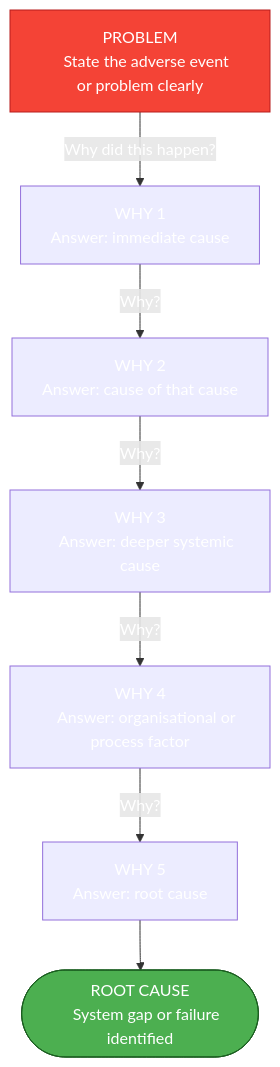
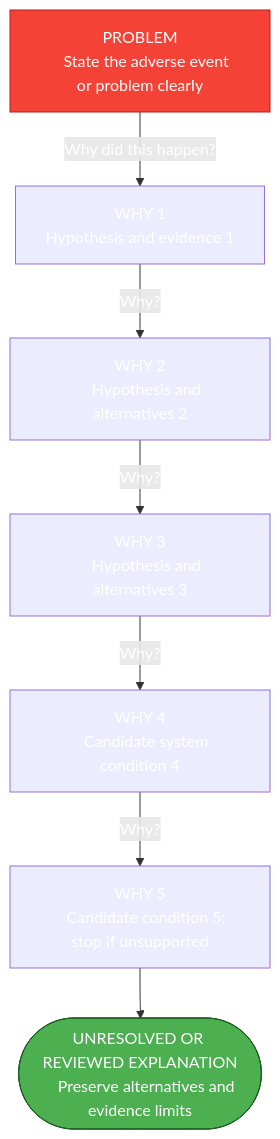
The diagram in skills/rca-investigation/assets/templates/mermaid/five-whys-chain.mmd (edithatogo/rcagent), drawn with Mermaid before and after one commit. The commit also changed 211 other files, not shown here.

```diff
--- a/skills/rca-investigation/assets/templates/mermaid/five-whys-chain.mmd
+++ b/skills/rca-investigation/assets/templates/mermaid/five-whys-chain.mmd
@@ -1,27 +1,29 @@
+%% Draft illustrative schematic: apply assets/template-use-contract.md.
+%% Every example node, score, time and edge requires evidence and review before case use.
 flowchart TD
   E["PROBLEM
     State the adverse event or problem clearly"]:::problem
 
   W1["WHY 1
-    Answer: immediate cause"]
+    Hypothesis and evidence 1"]
   W2["WHY 2
-    Answer: cause of that cause"]
+    Hypothesis and alternatives 2"]
   W3["WHY 3
-    Answer: deeper systemic cause"]
+    Hypothesis and alternatives 3"]
   W4["WHY 4
-    Answer: organisational or process factor"]
+    Candidate system condition 4"]
   W5["WHY 5
-    Answer: root cause"]
+    Candidate condition 5; stop if unsupported"]
 
-  RC(["ROOT CAUSE
-    System gap or failure identified"]):::root
+  RC(["UNRESOLVED OR REVIEWED EXPLANATION
+    Preserve alternatives and evidence limits"]):::root
 
   E -->|"Why did this happen?"| W1
   W1 -->|Why?| W2
   W2 -->|Why?| W3
   W3 -->|Why?| W4
   W4 -->|Why?| W5
   W5 --> RC
 
   classDef problem fill:#f44336,color:#fff,stroke:#b71c1c
   classDef root fill:#4caf50,color:#fff,stroke:#1b5e20
```
